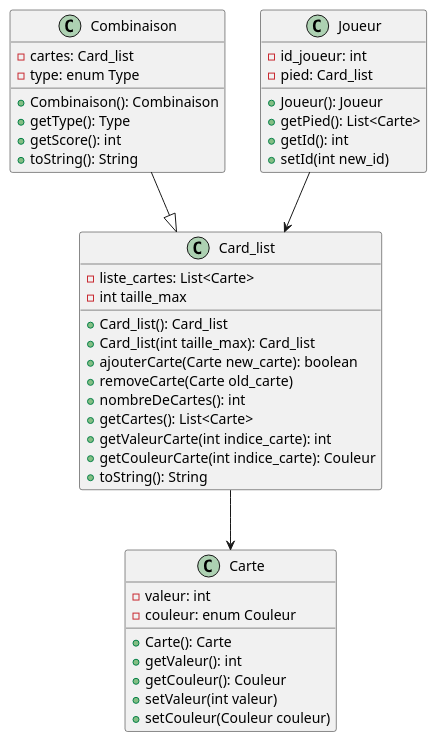
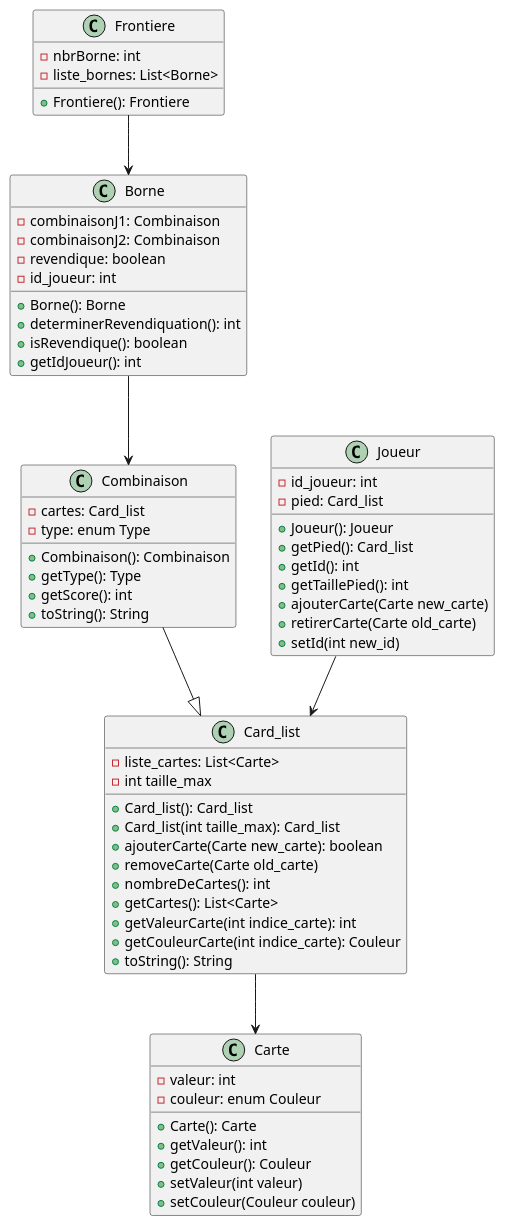
The diagram in src/diagrams/model.puml (Pagatok/pg220), drawn with PlantUML before and after one commit. The commit also changed 4 other files, not shown here.

Commit message:
v1 de Joueur et Borne terminés

```diff
--- a/src/diagrams/model.puml
+++ b/src/diagrams/model.puml
@@ -1,52 +1,72 @@
 @startuml model
 
 class Carte{
     - valeur: int
     - couleur: enum Couleur
     + Carte(): Carte
     + getValeur(): int
     + getCouleur(): Couleur
     + setValeur(int valeur)
     + setCouleur(Couleur couleur)
 }
 
 class Combinaison{
     - cartes: Card_list
     - type: enum Type
     + Combinaison(): Combinaison 
     + getType(): Type 
     + getScore(): int 
     + toString(): String
 }
 
 class Joueur{
     - id_joueur: int
     - pied: Card_list
     + Joueur(): Joueur
-    + getPied(): List<Carte>
+    + getPied(): Card_list
     + getId(): int
+    + getTaillePied(): int
+    + ajouterCarte(Carte new_carte)
+    + retirerCarte(Carte old_carte)
     + setId(int new_id)
 }
 
 class Card_list{
     - liste_cartes: List<Carte>
     - int taille_max
     + Card_list(): Card_list
     + Card_list(int taille_max): Card_list
     + ajouterCarte(Carte new_carte): boolean
     + removeCarte(Carte old_carte)
     + nombreDeCartes(): int 
     + getCartes(): List<Carte> 
     + getValeurCarte(int indice_carte): int
     + getCouleurCarte(int indice_carte): Couleur
-    + toString(): String
- 
-    
+    + toString(): String   
+}
+
+class Borne{
+    - combinaisonJ1: Combinaison
+    - combinaisonJ2: Combinaison
+    - revendique: boolean
+    - id_joueur: int
+    + Borne(): Borne
+    + determinerRevendiquation(): int
+    + isRevendique(): boolean
+    + getIdJoueur(): int
+}
+
+class Frontiere{
+    - nbrBorne: int
+    - liste_bornes: List<Borne>
+    + Frontiere(): Frontiere
 }
 
 Combinaison --|> Card_list
 Joueur --> Card_list
 Card_list --> Carte
+Borne --> Combinaison
+Frontiere --> Borne
 
 
 @enduml
```
